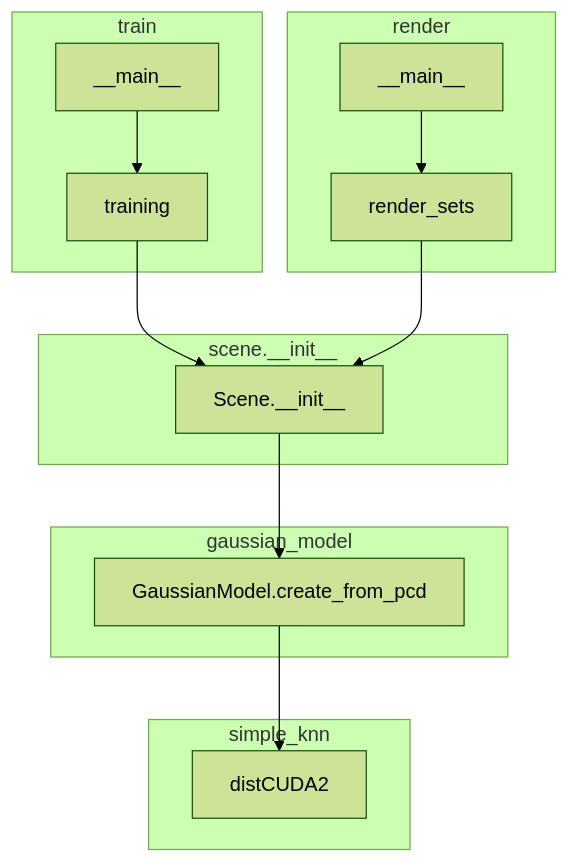
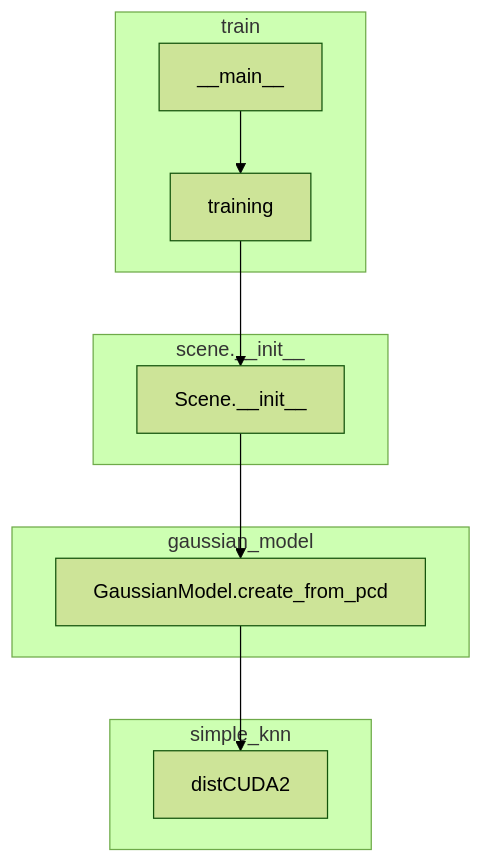
One commit to AsherJingkongChen/3DGS changed the second of 2 diagrams in docs/implementation/original-reference.orig.md. Above: the diagram before and after it, drawn with Mermaid (forest theme). The commit also changed 2 other files, not shown here.

Commit message:
(doc-fix): Remove render in `simple_knn` call tree - Conditional call, never called

````diff
--- a/docs/implementation/original-reference.orig.md
+++ b/docs/implementation/original-reference.orig.md
@@ -67,27 +67,21 @@
 ```mermaid
 graph TD
   subgraph simple_knn
     distCUDA2
   end
   subgraph gaussian_model
     gm_cfd[GaussianModel.create_from_pcd]
   end
   subgraph scene.__init__
     scene[Scene.__init__]
   end
   subgraph train
     training
     train_main[__main__]
   end
-  subgraph render
-    render_sets
-    render_main[__main__]
-  end
 
   gm_cfd --> distCUDA2
   scene --> gm_cfd
   training --> scene
   train_main --> training
-  render_sets --> scene
-  render_main --> render_sets
 ```
````
